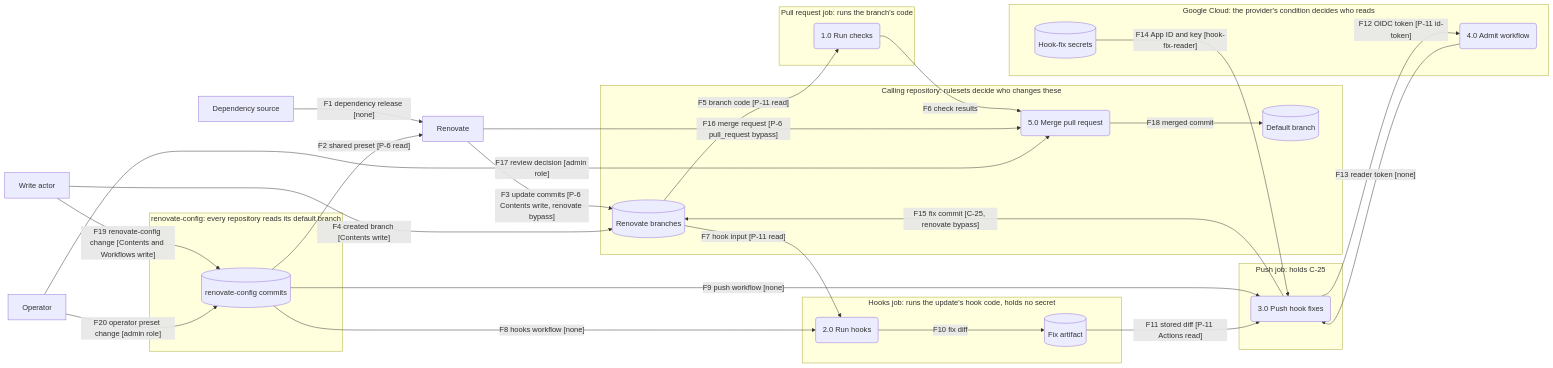
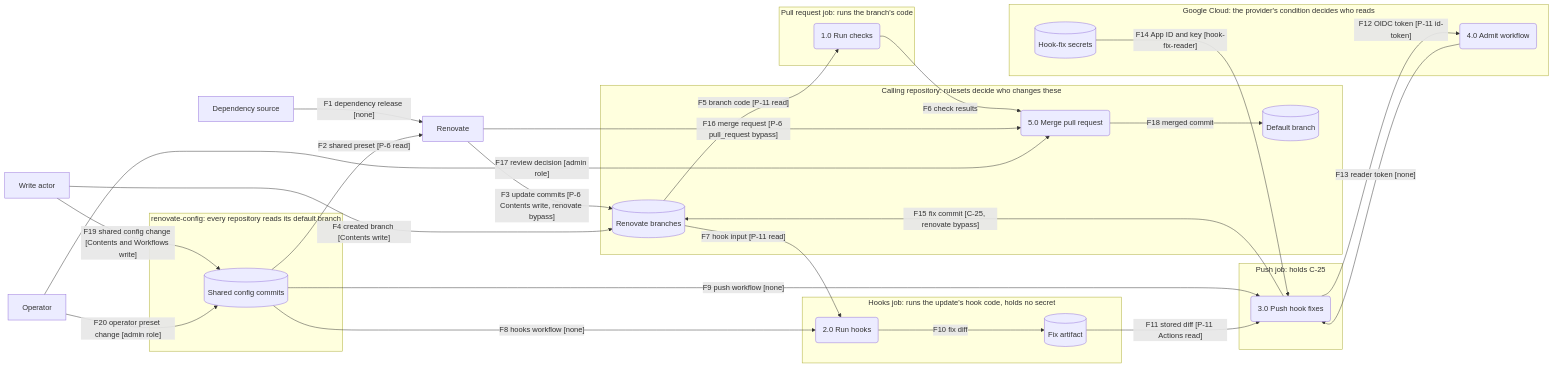
One commit to alunduil/alunduil-infrastructure changed the second of 2 diagrams in docs/explanation/renovate-data-flow.md. Above: the diagram before and after it, drawn with Mermaid. The commit also changed other lines of this file and 3 other files, not shown here.

````diff
--- a/docs/explanation/renovate-data-flow.md
+++ b/docs/explanation/renovate-data-flow.md
@@ -80,56 +80,56 @@
 ```mermaid
 flowchart LR
   source["Dependency source"]
   renovate["Renovate"]
   writer["Write actor"]
   operator["Operator"]
 
   subgraph config["renovate-config: every repository reads its default branch"]
-    config_commits[("renovate-config commits")]
+    config_commits[("Shared config commits")]
   end
 
   subgraph repo["Calling repository: rulesets decide who changes these"]
     branches[("Renovate branches")]
     default[("Default branch")]
     merge("5.0 Merge pull request")
   end
 
   subgraph ci["Pull request job: runs the branch's code"]
     checks("1.0 Run checks")
   end
 
   subgraph hooks["Hooks job: runs the update's hook code, holds no secret"]
     run_hooks("2.0 Run hooks")
     artifact[("Fix artifact")]
   end
 
   subgraph push["Push job: holds C-25"]
     push_fixes("3.0 Push hook fixes")
   end
 
   subgraph gcp["Google Cloud: the provider's condition decides who reads"]
     admit("4.0 Admit workflow")
     secrets[("Hook-fix secrets")]
   end
 
   source -->|"F1 dependency release [none]"| renovate
   config_commits -->|"F2 shared preset [P-6 read]"| renovate
   renovate -->|"F3 update commits [P-6 Contents write, renovate bypass]"| branches
   writer -->|"F4 created branch [Contents write]"| branches
   branches -->|"F5 branch code [P-11 read]"| checks
   checks -->|"F6 check results"| merge
   branches -->|"F7 hook input [P-11 read]"| run_hooks
   config_commits -->|"F8 hooks workflow [none]"| run_hooks
   config_commits -->|"F9 push workflow [none]"| push_fixes
   run_hooks -->|"F10 fix diff"| artifact
   artifact -->|"F11 stored diff [P-11 Actions read]"| push_fixes
   push_fixes -->|"F12 OIDC token [P-11 id-token]"| admit
   admit -->|"F13 reader token [none]"| push_fixes
   secrets -->|"F14 App ID and key [hook-fix-reader]"| push_fixes
   push_fixes -->|"F15 fix commit [C-25, renovate bypass]"| branches
   renovate -->|"F16 merge request [P-6 pull_request bypass]"| merge
   operator -->|"F17 review decision [admin role]"| merge
   merge -->|"F18 merged commit"| default
-  writer -->|"F19 renovate-config change [Contents and Workflows write]"| config_commits
+  writer -->|"F19 shared config change [Contents and Workflows write]"| config_commits
   operator -->|"F20 operator preset change [admin role]"| config_commits
 ```
````
